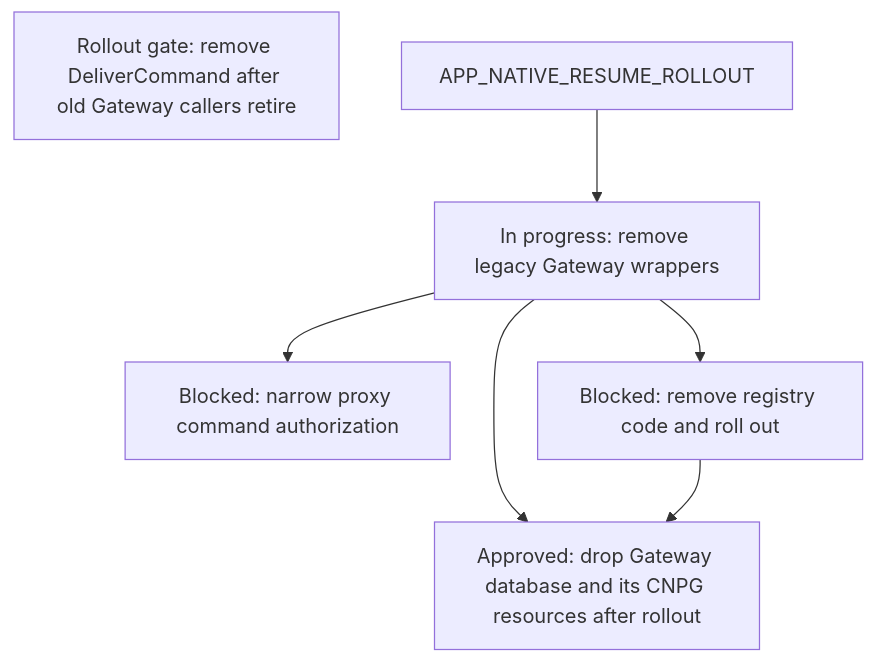
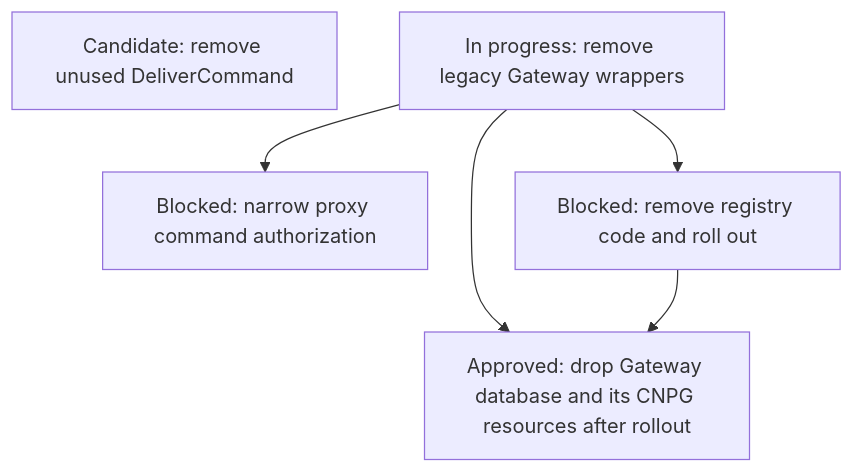
One commit to agentydragon/ducktape changed diagram 15 of 16 in agentplane/plans/task_dag.md. Above: the diagram before and after it, drawn with Mermaid. The commit also changed other lines of this file, not shown here.

Commit message:
Clear verified app and Gateway caller rollout gates

````diff
--- a/agentplane/plans/task_dag.md
+++ b/agentplane/plans/task_dag.md
@@ -1298,13 +1285,12 @@
 ```mermaid
 flowchart TD
-    RUNNER_COMMAND_RPCS[Rollout gate: remove DeliverCommand after old Gateway callers retire]
+    RUNNER_COMMAND_RPCS[Candidate: remove unused DeliverCommand]
     GATEWAY_WRAPPER_RETIRE[In progress: remove legacy Gateway wrappers]
-    APP_NATIVE_RESUME_ROLLOUT --> GATEWAY_WRAPPER_RETIRE
     GATEWAY_DATABASE_DROP[Approved: drop Gateway database and its CNPG resources after rollout]
     PROXY_START_METHODS_DISPATCHER_ONLY[Blocked: narrow proxy command authorization]
     GATEWAY_WRAPPER_RETIRE --> PROXY_START_METHODS_DISPATCHER_ONLY
     GATEWAY_WRAPPER_RETIRE --> GATEWAY_DATABASE_DROP
     GATEWAY_SESSION_REGISTRY_RETIRE[Blocked: remove registry code and roll out]
     GATEWAY_WRAPPER_RETIRE --> GATEWAY_SESSION_REGISTRY_RETIRE
     GATEWAY_SESSION_REGISTRY_RETIRE --> GATEWAY_DATABASE_DROP
 ```
````
